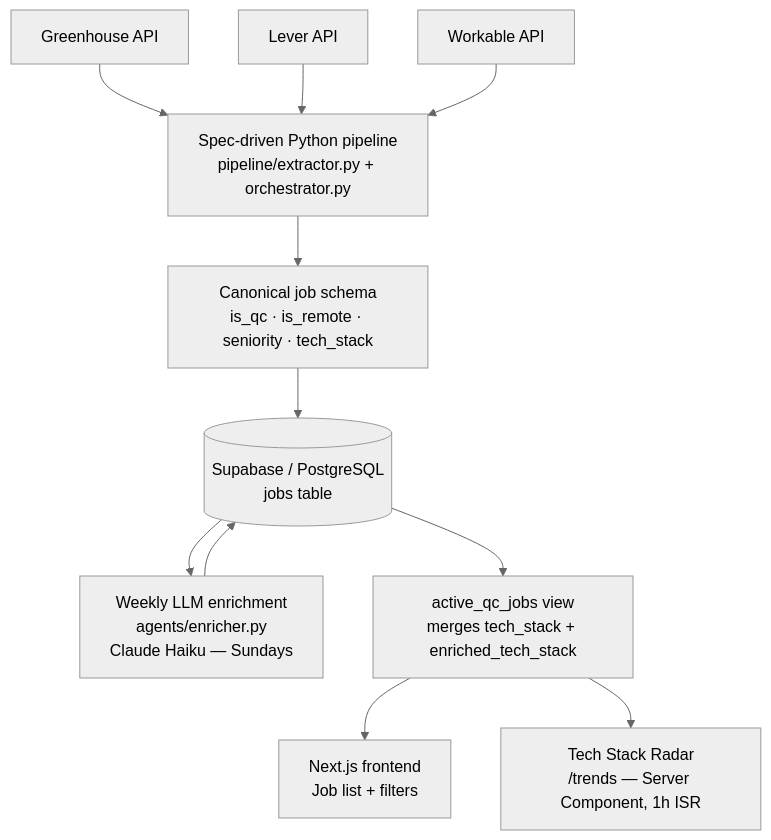
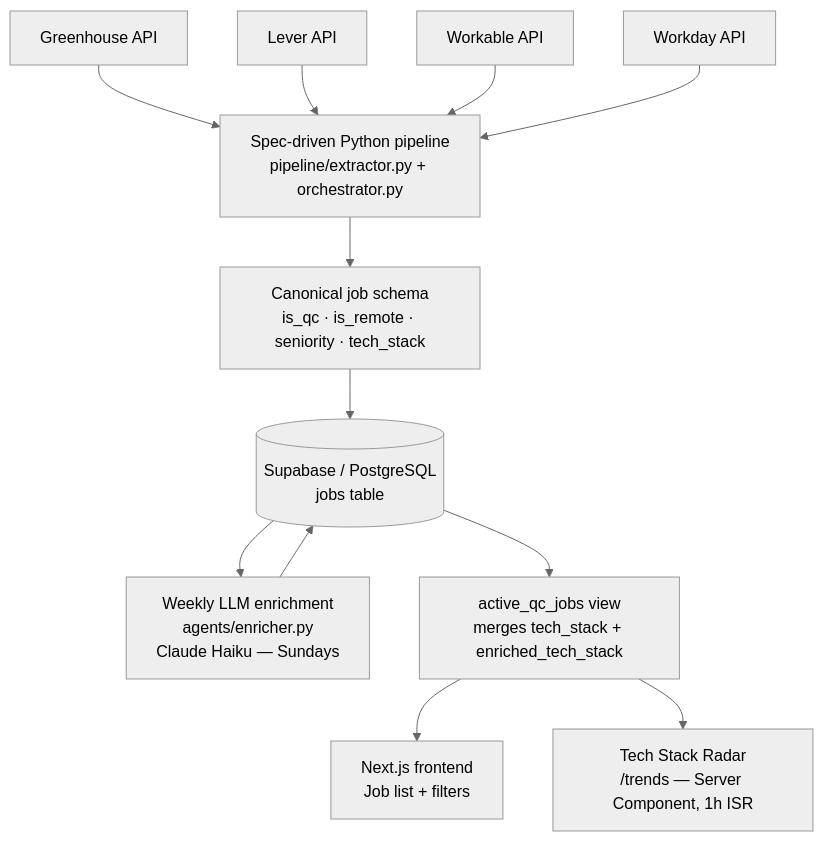
One commit to hippync/jobs-radar-qc changed the diagram in docs/architecture.md. Above: the diagram before and after it, drawn with Mermaid (neutral theme). The commit also changed other lines of this file and 6 other files, not shown here.

````diff
--- a/docs/architecture.md
+++ b/docs/architecture.md
@@ -5,25 +5,27 @@
 ```mermaid
 flowchart TD
     GH["Greenhouse API"]
     LV["Lever API"]
     WK["Workable API"]
+    WD["Workday API"]
 
     GH --> EXT
     LV --> EXT
     WK --> EXT
+    WD --> EXT
 
     EXT["Spec-driven Python pipeline\npipeline/extractor.py + orchestrator.py"]
 
     EXT --> SCHEMA["Canonical job schema\nis_qc · is_remote · seniority · tech_stack"]
 
     SCHEMA --> DB[("Supabase / PostgreSQL\njobs table")]
 
     DB --> ENRICH["Weekly LLM enrichment\nagents/enricher.py\nClaude Haiku — Sundays"]
 
     ENRICH --> DB
 
     DB --> VIEW["active_qc_jobs view\nmerges tech_stack + enriched_tech_stack"]
 
     VIEW --> FE["Next.js frontend\nJob list + filters"]
     VIEW --> TRENDS["Tech Stack Radar\n/trends — Server Component, 1h ISR"]
 ```
````
